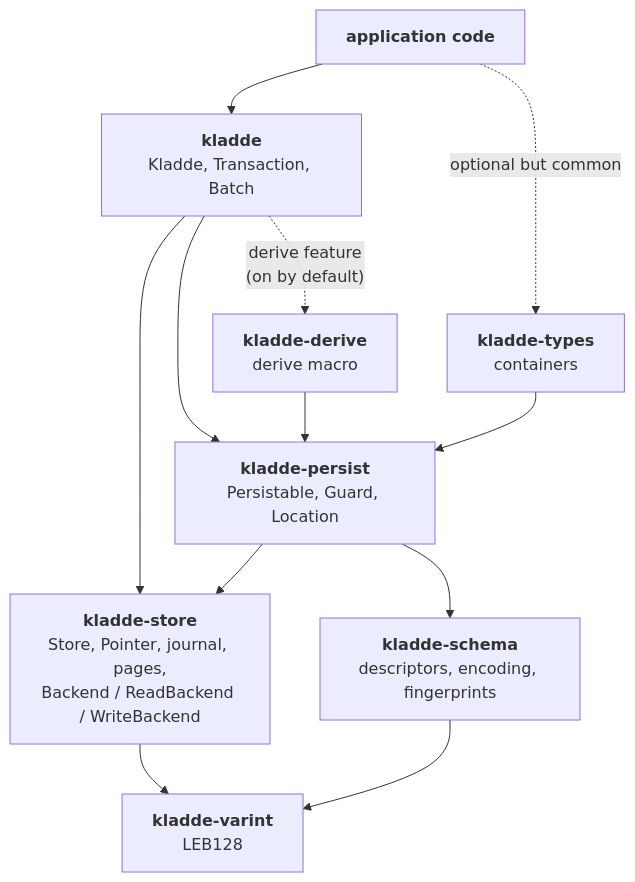
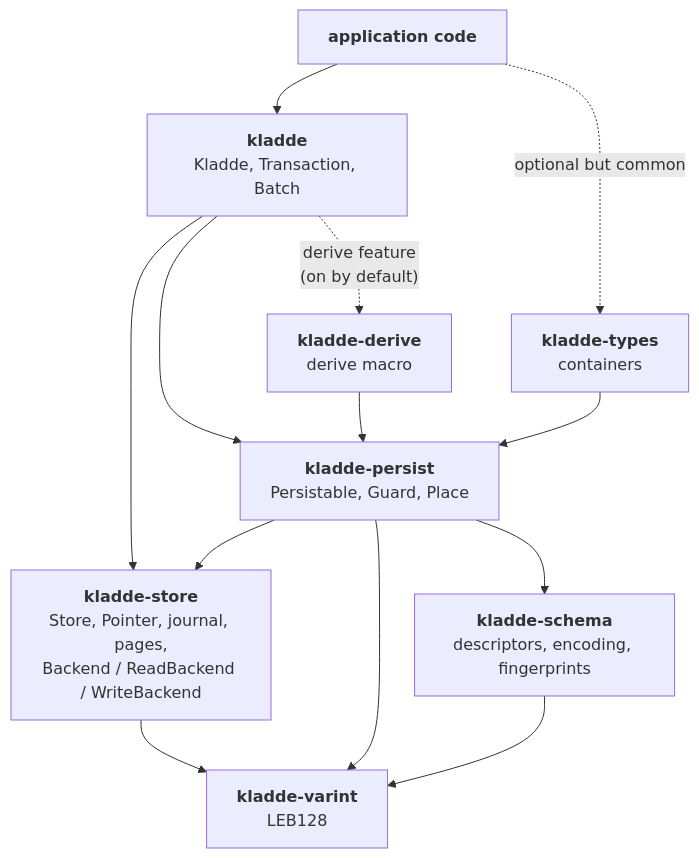
Before and after one commit to kladde-dev/kladde-docs: the diagram in content/rust/crates.md, drawn with Mermaid. The commit also changed other lines of this file and 27 other files, not shown here.

````diff
--- a/content/rust/crates.md
+++ b/content/rust/crates.md
@@ -21,22 +21,23 @@
 ```mermaid
 graph TD
   APP["<strong>application code</strong>"]
   K["<strong>kladde</strong><br/>Kladde, Transaction, Batch"]
   T["<strong>kladde-types</strong><br/>containers"]
   D["<strong>kladde-derive</strong><br/>derive macro"]
-  P["<strong>kladde-persist</strong><br/>Persistable, Guard, Location"]
+  P["<strong>kladde-persist</strong><br/>Persistable, Guard, Place"]
   S["<strong>kladde-schema</strong><br/>descriptors, encoding, fingerprints"]
   V["<strong>kladde-varint</strong><br/>LEB128"]
   H["<strong>kladde-store</strong><br/>Store, Pointer, journal, pages,<br/>Backend / ReadBackend / WriteBackend"]
   APP --> K
   APP -. optional but common .-> T
   K --> H
   K --> P
   K -. "derive" feature<br/>(on by default) .-> D
   T --> P
   D --> P
   P --> H
+  P --> V
   P --> S
   S --> V
   H --> V
 ```
````
